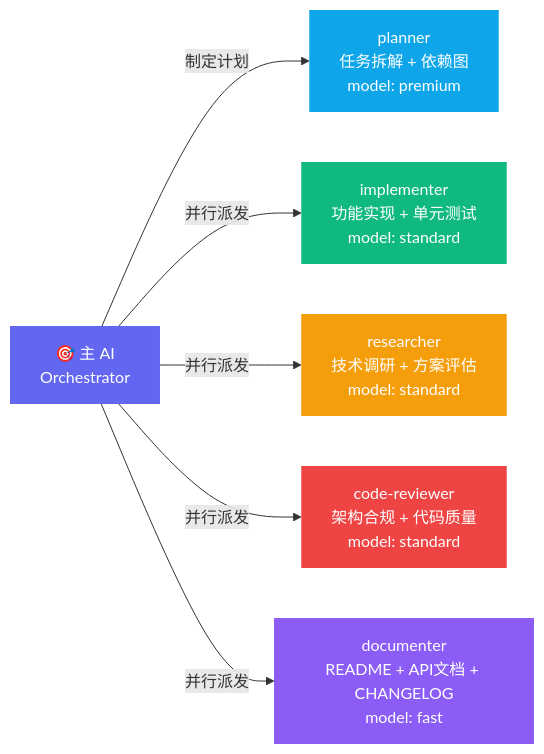
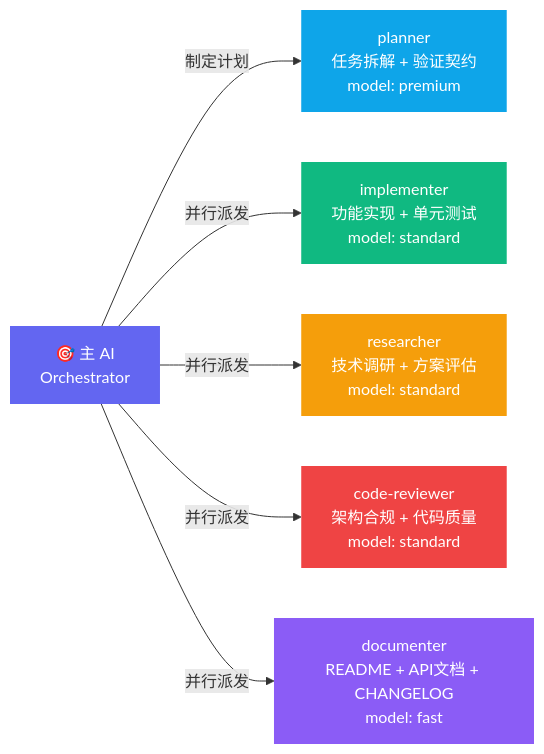
The first of 2 diagrams in docs/sub-agents.md (Kucell/cortex-agent), drawn with Mermaid before and after one commit. The commit also changed other lines of this file and 24 other files, not shown here.

````diff
--- a/docs/sub-agents.md
+++ b/docs/sub-agents.md
@@ -9,15 +9,15 @@
 ```mermaid
 graph LR
-    O["🎯 主 AI<br>Orchestrator"] -->|制定计划| PL["planner<br>任务拆解 + 依赖图<br>model: premium"]
+    O["🎯 主 AI<br>Orchestrator"] -->|制定计划| PL["planner<br>任务拆解 + 验证契约<br>model: premium"]
     O -->|并行派发| IM["implementer<br>功能实现 + 单元测试<br>model: standard"]
     O -->|并行派发| RS["researcher<br>技术调研 + 方案评估<br>model: standard"]
     O -->|并行派发| CR["code-reviewer<br>架构合规 + 代码质量<br>model: standard"]
     O -->|并行派发| DC["documenter<br>README + API文档 + CHANGELOG<br>model: fast"]
 
     style O fill:#6366f1,color:#fff,stroke:none
     style PL fill:#0ea5e9,color:#fff,stroke:none
     style IM fill:#10b981,color:#fff,stroke:none
     style RS fill:#f59e0b,color:#fff,stroke:none
     style CR fill:#ef4444,color:#fff,stroke:none
     style DC fill:#8b5cf6,color:#fff,stroke:none
 ```
````
